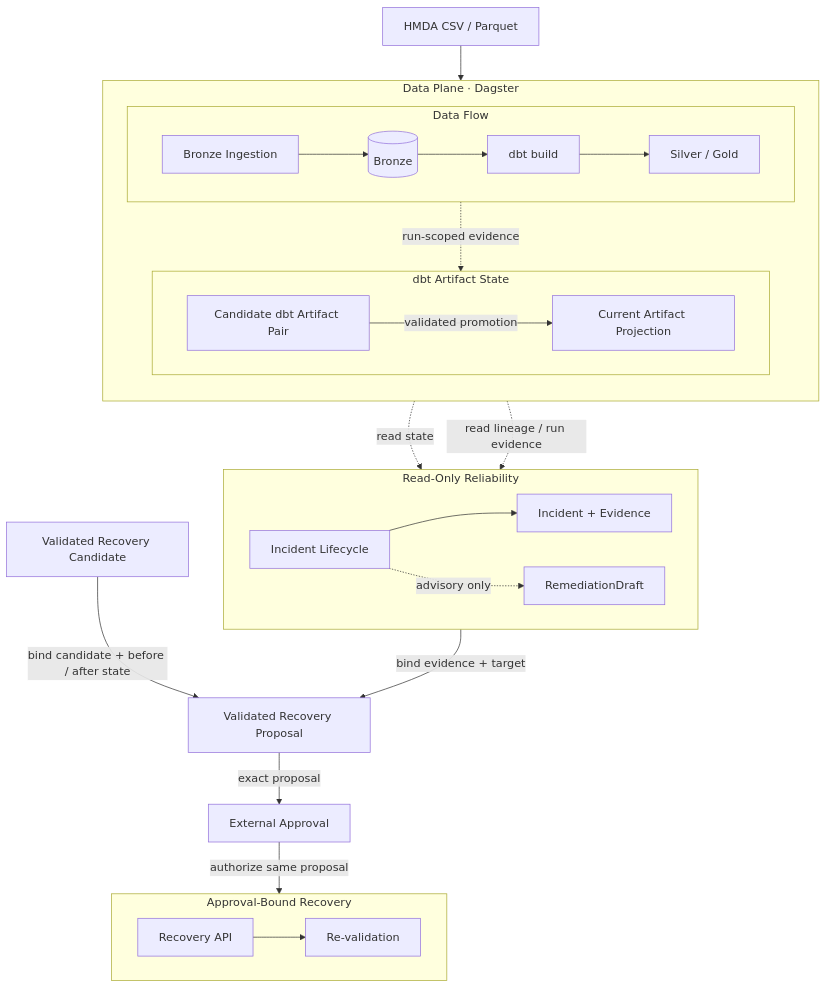
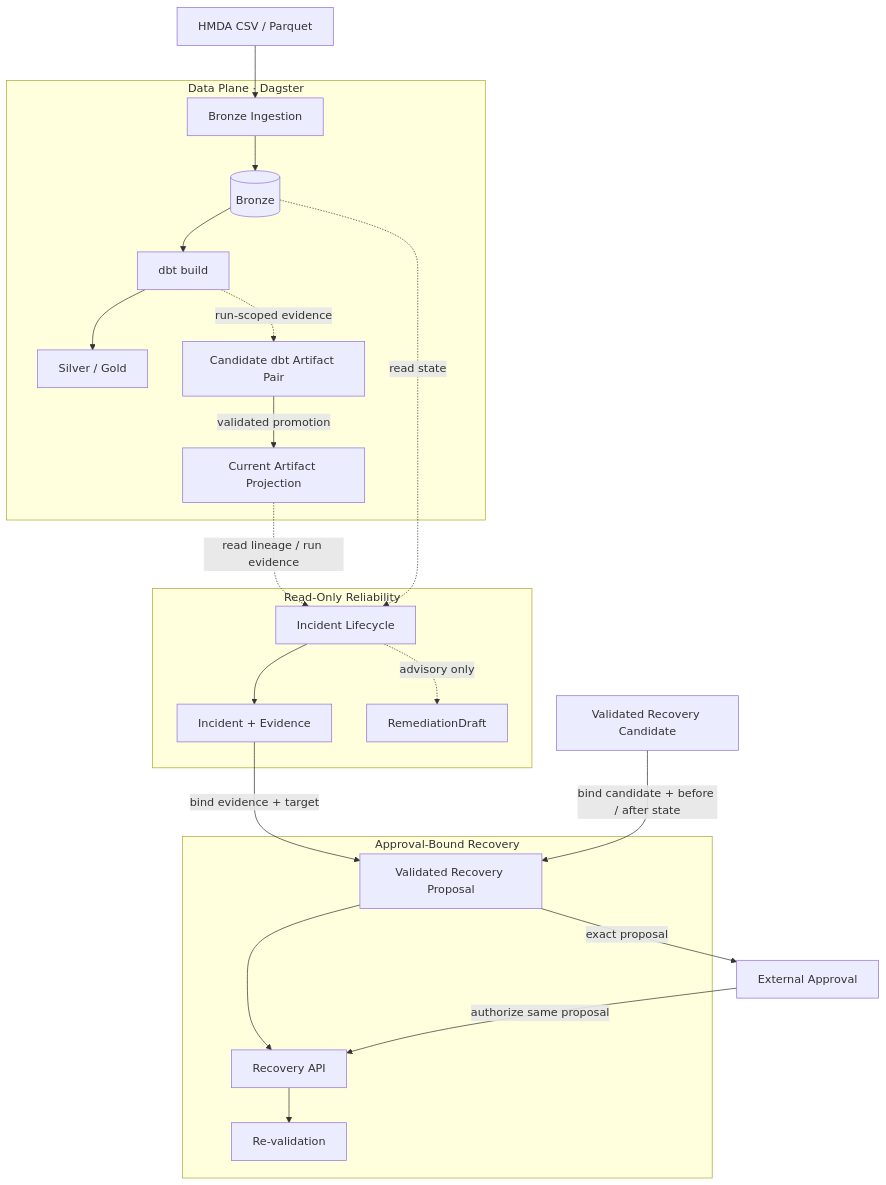
The diagram in docs/ARCHITECTURE.md (mols3131d/hmda-data-reliability), drawn with Mermaid before and after one commit.

Commit message:
docs: simplify architecture Mermaid layout

````diff
--- a/docs/ARCHITECTURE.md
+++ b/docs/ARCHITECTURE.md
@@ -7,39 +7,28 @@
 ```mermaid
 flowchart TB
-    files["HMDA CSV / Parquet"] --> ingest
+    files["HMDA CSV / Parquet"]
 
     subgraph data_plane ["Data Plane · Dagster"]
-        direction TB
-
-        subgraph transform ["Data Flow"]
-            direction LR
-            ingest["Bronze Ingestion"] --> bronze[("Bronze")] --> dbt["dbt build"] --> analytics["Silver / Gold"]
-        end
-
-        subgraph artifact_state ["dbt Artifact State"]
-            direction LR
-            candidate_artifacts["Candidate dbt Artifact Pair"] -->|validated promotion| current_artifacts["Current Artifact Projection"]
-        end
-
-        dbt -.->|run-scoped evidence| candidate_artifacts
+        ingest["Bronze Ingestion"] --> bronze[("Bronze")]
+        bronze --> dbt["dbt build"] --> analytics["Silver / Gold"]
+        dbt -.->|run-scoped evidence| candidate_artifacts["Candidate dbt Artifact Pair"]
+        candidate_artifacts -->|validated promotion| current_artifacts["Current Artifact Projection"]
     end
 
     subgraph analysis_plane ["Read-Only Reliability"]
-        direction LR
         lifecycle["Incident Lifecycle"] --> incident["Incident + Evidence"]
         lifecycle -.->|advisory only| draft["RemediationDraft"]
     end
 
+    subgraph recovery_plane ["Approval-Bound Recovery"]
+        proposal["Validated Recovery Proposal"] --> recovery["Recovery API"] --> verify["Re-validation"]
+    end
+
+    files --> ingest
     bronze -.->|read state| lifecycle
     current_artifacts -.->|read lineage / run evidence| lifecycle
-
-    incident -->|bind evidence + target| proposal["Validated Recovery Proposal"]
+    incident -->|bind evidence + target| proposal
     recovery_candidate["Validated Recovery Candidate"] -->|bind candidate + before / after state| proposal
     proposal -->|exact proposal| approval["External Approval"]
     approval -->|authorize same proposal| recovery
-
-    subgraph recovery_plane ["Approval-Bound Recovery"]
-        direction LR
-        recovery["Recovery API"] --> verify["Re-validation"]
-    end
 ```
````
